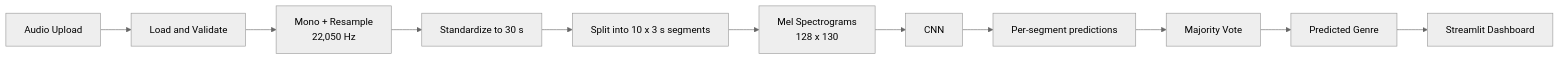
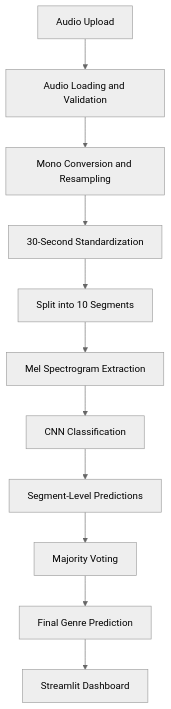
One commit to AbdelrhmanAkl/MusicMind-AI changed the diagram in README.md. Above: the diagram before and after it, drawn with Mermaid (neutral theme). The commit also changed other lines of this file, not shown here.

````diff
--- a/README.md
+++ b/README.md
@@ -62,13 +65,13 @@
 ```mermaid
-flowchart LR
-    A[Audio Upload] --> B[Load and Validate]
-    B --> C[Mono + Resample<br/>22,050 Hz]
-    C --> D[Standardize to 30 s]
-    D --> E[Split into 10 x 3 s segments]
-    E --> F[Mel Spectrograms<br/>128 x 130]
-    F --> G[CNN]
-    G --> H[Per-segment predictions]
-    H --> I[Majority Vote]
-    I --> J[Predicted Genre]
+flowchart TD
+    A[Audio Upload] --> B[Audio Loading and Validation]
+    B --> C[Mono Conversion and Resampling]
+    C --> D[30-Second Standardization]
+    D --> E[Split into 10 Segments]
+    E --> F[Mel Spectrogram Extraction]
+    F --> G[CNN Classification]
+    G --> H[Segment-Level Predictions]
+    H --> I[Majority Voting]
+    I --> J[Final Genre Prediction]
     J --> K[Streamlit Dashboard]
 ```
````
